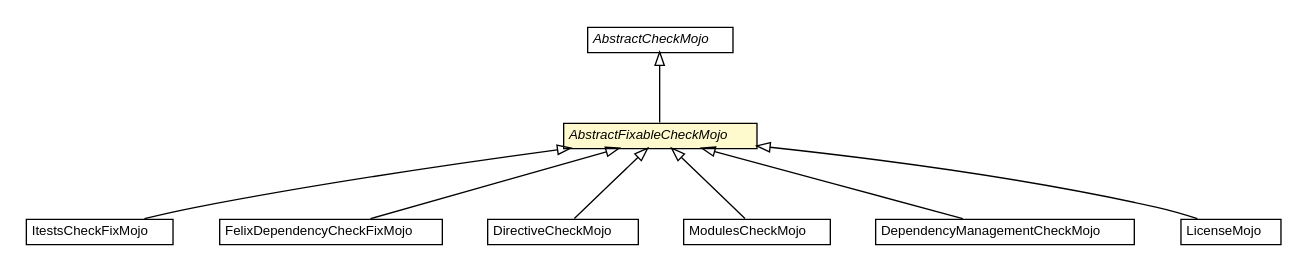
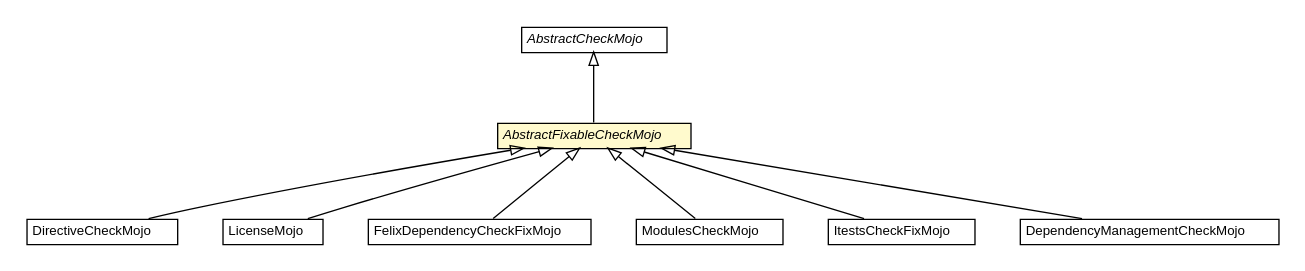
Before and after one commit to universAAL/maven: the diagram in maven.pom/apidocs/org/universAAL/support/directives/api/AbstractFixableCheckMojo.dot, drawn with Graphviz. The commit also changed 312 other files, not shown here.

```diff
--- a/maven.pom/apidocs/org/universAAL/support/directives/api/AbstractFixableCheckMojo.dot
+++ b/maven.pom/apidocs/org/universAAL/support/directives/api/AbstractFixableCheckMojo.dot
@@ -1,74 +1,74 @@
 #!/usr/local/bin/dot
 #
 # Class diagram 
 # Generated by UMLGraph version R5_6-24-gf6e263 (http://www.umlgraph.org/)
 #
 
 digraph G {
 	edge [fontname="Helvetica",fontsize=10,labelfontname="Helvetica",labelfontsize=10];
 	node [fontname="Helvetica",fontsize=10,shape=plaintext];
 	nodesep=0.25;
 	ranksep=0.5;
-	// org.universAAL.support.directives.api.AbstractCheckMojo
-	c914 [label=<<table title="org.universAAL.support.directives.api.AbstractCheckMojo" border="0" cellborder="1" cellspacing="0" cellpadding="2" port="p" href="./AbstractCheckMojo.html">
+	// org.universAAL.support.directives.mojos.DirectiveCheckMojo
+	c922 [label=<<table title="org.universAAL.support.directives.mojos.DirectiveCheckMojo" border="0" cellborder="1" cellspacing="0" cellpadding="2" port="p" href="../mojos/DirectiveCheckMojo.html">
 		<tr><td><table border="0" cellspacing="0" cellpadding="1">
-<tr><td align="center" balign="center"><font face="Helvetica-Oblique"> AbstractCheckMojo </font></td></tr>
+<tr><td align="center" balign="center"> DirectiveCheckMojo </td></tr>
 		</table></td></tr>
-		</table>>, URL="./AbstractCheckMojo.html", fontname="Helvetica", fontcolor="black", fontsize=10.0];
-	// org.universAAL.support.directives.api.AbstractFixableCheckMojo
-	c915 [label=<<table title="org.universAAL.support.directives.api.AbstractFixableCheckMojo" border="0" cellborder="1" cellspacing="0" cellpadding="2" port="p" bgcolor="lemonChiffon" href="./AbstractFixableCheckMojo.html">
+		</table>>, URL="../mojos/DirectiveCheckMojo.html", fontname="Helvetica", fontcolor="black", fontsize=10.0];
+	// org.universAAL.support.directives.mojos.LicenseMojo
+	c924 [label=<<table title="org.universAAL.support.directives.mojos.LicenseMojo" border="0" cellborder="1" cellspacing="0" cellpadding="2" port="p" href="../mojos/LicenseMojo.html">
 		<tr><td><table border="0" cellspacing="0" cellpadding="1">
-<tr><td align="center" balign="center"><font face="Helvetica-Oblique"> AbstractFixableCheckMojo </font></td></tr>
+<tr><td align="center" balign="center"> LicenseMojo </td></tr>
 		</table></td></tr>
-		</table>>, URL="./AbstractFixableCheckMojo.html", fontname="Helvetica", fontcolor="black", fontsize=10.0];
-	// org.universAAL.support.directives.mojos.ItestsCheckFixMojo
-	c930 [label=<<table title="org.universAAL.support.directives.mojos.ItestsCheckFixMojo" border="0" cellborder="1" cellspacing="0" cellpadding="2" port="p" href="../mojos/ItestsCheckFixMojo.html">
-		<tr><td><table border="0" cellspacing="0" cellpadding="1">
-<tr><td align="center" balign="center"> ItestsCheckFixMojo </td></tr>
-		</table></td></tr>
-		</table>>, URL="../mojos/ItestsCheckFixMojo.html", fontname="Helvetica", fontcolor="black", fontsize=10.0];
+		</table>>, URL="../mojos/LicenseMojo.html", fontname="Helvetica", fontcolor="black", fontsize=10.0];
 	// org.universAAL.support.directives.mojos.FelixDependencyCheckFixMojo
-	c931 [label=<<table title="org.universAAL.support.directives.mojos.FelixDependencyCheckFixMojo" border="0" cellborder="1" cellspacing="0" cellpadding="2" port="p" href="../mojos/FelixDependencyCheckFixMojo.html">
+	c925 [label=<<table title="org.universAAL.support.directives.mojos.FelixDependencyCheckFixMojo" border="0" cellborder="1" cellspacing="0" cellpadding="2" port="p" href="../mojos/FelixDependencyCheckFixMojo.html">
 		<tr><td><table border="0" cellspacing="0" cellpadding="1">
 <tr><td align="center" balign="center"> FelixDependencyCheckFixMojo </td></tr>
 		</table></td></tr>
 		</table>>, URL="../mojos/FelixDependencyCheckFixMojo.html", fontname="Helvetica", fontcolor="black", fontsize=10.0];
-	// org.universAAL.support.directives.mojos.DirectiveCheckMojo
-	c932 [label=<<table title="org.universAAL.support.directives.mojos.DirectiveCheckMojo" border="0" cellborder="1" cellspacing="0" cellpadding="2" port="p" href="../mojos/DirectiveCheckMojo.html">
-		<tr><td><table border="0" cellspacing="0" cellpadding="1">
-<tr><td align="center" balign="center"> DirectiveCheckMojo </td></tr>
-		</table></td></tr>
-		</table>>, URL="../mojos/DirectiveCheckMojo.html", fontname="Helvetica", fontcolor="black", fontsize=10.0];
 	// org.universAAL.support.directives.mojos.ModulesCheckMojo
 	c933 [label=<<table title="org.universAAL.support.directives.mojos.ModulesCheckMojo" border="0" cellborder="1" cellspacing="0" cellpadding="2" port="p" href="../mojos/ModulesCheckMojo.html">
 		<tr><td><table border="0" cellspacing="0" cellpadding="1">
 <tr><td align="center" balign="center"> ModulesCheckMojo </td></tr>
 		</table></td></tr>
 		</table>>, URL="../mojos/ModulesCheckMojo.html", fontname="Helvetica", fontcolor="black", fontsize=10.0];
+	// org.universAAL.support.directives.mojos.ItestsCheckFixMojo
+	c934 [label=<<table title="org.universAAL.support.directives.mojos.ItestsCheckFixMojo" border="0" cellborder="1" cellspacing="0" cellpadding="2" port="p" href="../mojos/ItestsCheckFixMojo.html">
+		<tr><td><table border="0" cellspacing="0" cellpadding="1">
+<tr><td align="center" balign="center"> ItestsCheckFixMojo </td></tr>
+		</table></td></tr>
+		</table>>, URL="../mojos/ItestsCheckFixMojo.html", fontname="Helvetica", fontcolor="black", fontsize=10.0];
 	// org.universAAL.support.directives.mojos.DependencyManagementCheckMojo
-	c939 [label=<<table title="org.universAAL.support.directives.mojos.DependencyManagementCheckMojo" border="0" cellborder="1" cellspacing="0" cellpadding="2" port="p" href="../mojos/DependencyManagementCheckMojo.html">
+	c935 [label=<<table title="org.universAAL.support.directives.mojos.DependencyManagementCheckMojo" border="0" cellborder="1" cellspacing="0" cellpadding="2" port="p" href="../mojos/DependencyManagementCheckMojo.html">
 		<tr><td><table border="0" cellspacing="0" cellpadding="1">
 <tr><td align="center" balign="center"> DependencyManagementCheckMojo </td></tr>
 		</table></td></tr>
 		</table>>, URL="../mojos/DependencyManagementCheckMojo.html", fontname="Helvetica", fontcolor="black", fontsize=10.0];
-	// org.universAAL.support.directives.mojos.LicenseMojo
-	c941 [label=<<table title="org.universAAL.support.directives.mojos.LicenseMojo" border="0" cellborder="1" cellspacing="0" cellpadding="2" port="p" href="../mojos/LicenseMojo.html">
+	// org.universAAL.support.directives.api.AbstractFixableCheckMojo
+	c937 [label=<<table title="org.universAAL.support.directives.api.AbstractFixableCheckMojo" border="0" cellborder="1" cellspacing="0" cellpadding="2" port="p" bgcolor="lemonChiffon" href="./AbstractFixableCheckMojo.html">
 		<tr><td><table border="0" cellspacing="0" cellpadding="1">
-<tr><td align="center" balign="center"> LicenseMojo </td></tr>
+<tr><td align="center" balign="center"><font face="Helvetica-Oblique"> AbstractFixableCheckMojo </font></td></tr>
 		</table></td></tr>
-		</table>>, URL="../mojos/LicenseMojo.html", fontname="Helvetica", fontcolor="black", fontsize=10.0];
+		</table>>, URL="./AbstractFixableCheckMojo.html", fontname="Helvetica", fontcolor="black", fontsize=10.0];
+	// org.universAAL.support.directives.api.AbstractCheckMojo
+	c941 [label=<<table title="org.universAAL.support.directives.api.AbstractCheckMojo" border="0" cellborder="1" cellspacing="0" cellpadding="2" port="p" href="./AbstractCheckMojo.html">
+		<tr><td><table border="0" cellspacing="0" cellpadding="1">
+<tr><td align="center" balign="center"><font face="Helvetica-Oblique"> AbstractCheckMojo </font></td></tr>
+		</table></td></tr>
+		</table>>, URL="./AbstractCheckMojo.html", fontname="Helvetica", fontcolor="black", fontsize=10.0];
+	//org.universAAL.support.directives.mojos.DirectiveCheckMojo extends org.universAAL.support.directives.api.AbstractFixableCheckMojo
+	c937:p -> c922:p [dir=back,arrowtail=empty];
+	//org.universAAL.support.directives.mojos.LicenseMojo extends org.universAAL.support.directives.api.AbstractFixableCheckMojo
+	c937:p -> c924:p [dir=back,arrowtail=empty];
+	//org.universAAL.support.directives.mojos.FelixDependencyCheckFixMojo extends org.universAAL.support.directives.api.AbstractFixableCheckMojo
+	c937:p -> c925:p [dir=back,arrowtail=empty];
+	//org.universAAL.support.directives.mojos.ModulesCheckMojo extends org.universAAL.support.directives.api.AbstractFixableCheckMojo
+	c937:p -> c933:p [dir=back,arrowtail=empty];
+	//org.universAAL.support.directives.mojos.ItestsCheckFixMojo extends org.universAAL.support.directives.api.AbstractFixableCheckMojo
+	c937:p -> c934:p [dir=back,arrowtail=empty];
+	//org.universAAL.support.directives.mojos.DependencyManagementCheckMojo extends org.universAAL.support.directives.api.AbstractFixableCheckMojo
+	c937:p -> c935:p [dir=back,arrowtail=empty];
 	//org.universAAL.support.directives.api.AbstractFixableCheckMojo extends org.universAAL.support.directives.api.AbstractCheckMojo
-	c914:p -> c915:p [dir=back,arrowtail=empty];
-	//org.universAAL.support.directives.mojos.ItestsCheckFixMojo extends org.universAAL.support.directives.api.AbstractFixableCheckMojo
-	c915:p -> c930:p [dir=back,arrowtail=empty];
-	//org.universAAL.support.directives.mojos.FelixDependencyCheckFixMojo extends org.universAAL.support.directives.api.AbstractFixableCheckMojo
-	c915:p -> c931:p [dir=back,arrowtail=empty];
-	//org.universAAL.support.directives.mojos.DirectiveCheckMojo extends org.universAAL.support.directives.api.AbstractFixableCheckMojo
-	c915:p -> c932:p [dir=back,arrowtail=empty];
-	//org.universAAL.support.directives.mojos.ModulesCheckMojo extends org.universAAL.support.directives.api.AbstractFixableCheckMojo
-	c915:p -> c933:p [dir=back,arrowtail=empty];
-	//org.universAAL.support.directives.mojos.DependencyManagementCheckMojo extends org.universAAL.support.directives.api.AbstractFixableCheckMojo
-	c915:p -> c939:p [dir=back,arrowtail=empty];
-	//org.universAAL.support.directives.mojos.LicenseMojo extends org.universAAL.support.directives.api.AbstractFixableCheckMojo
-	c915:p -> c941:p [dir=back,arrowtail=empty];
+	c941:p -> c937:p [dir=back,arrowtail=empty];
 }
```
